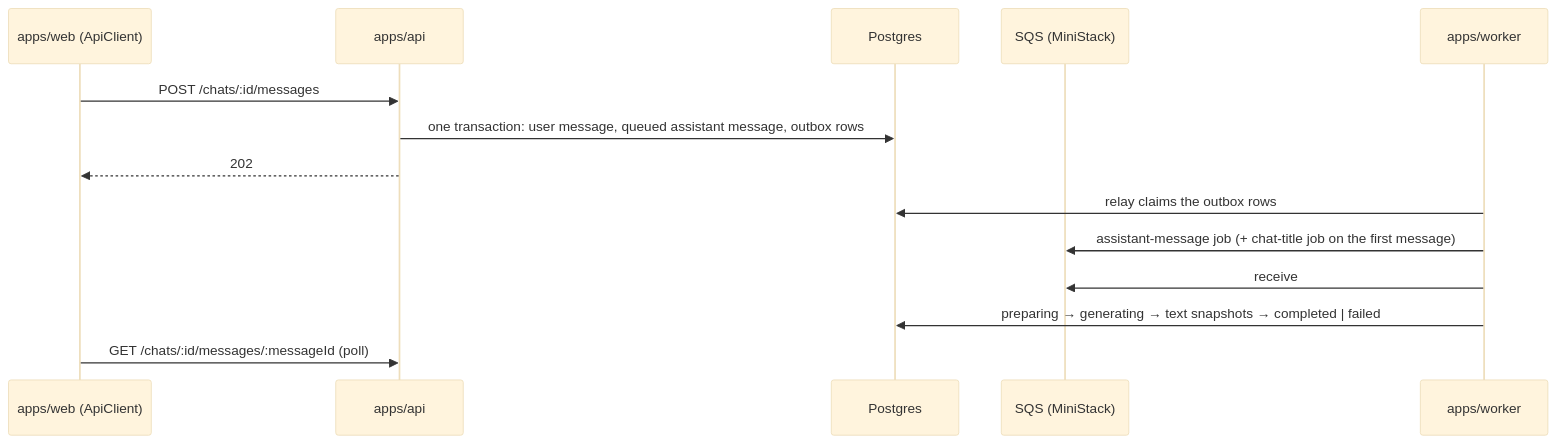
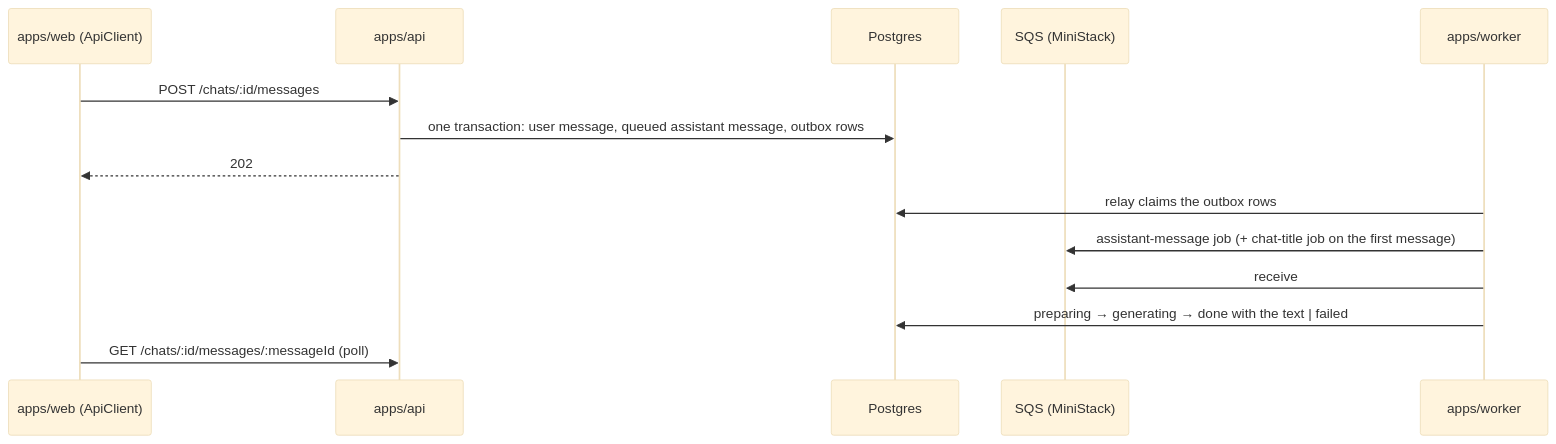
Before and after one commit to khotei/app-template: the diagram in README.md, drawn with Mermaid (base theme). The commit also changed other lines of this file and 169 other files, not shown here.

````diff
--- a/README.md
+++ b/README.md
@@ -22,16 +22,16 @@
 ```mermaid
 sequenceDiagram
   participant W as apps/web (ApiClient)
   participant A as apps/api
   participant S as Postgres
   participant Q as SQS (MiniStack)
   participant K as apps/worker
   W->>A: POST /chats/:id/messages
   A->>S: one transaction: user message, queued assistant message, outbox rows
   A-->>W: 202
   K->>S: relay claims the outbox rows
   K->>Q: assistant-message job (+ chat-title job on the first message)
   K->>Q: receive
-  K->>S: preparing → generating → text snapshots → completed | failed
+  K->>S: preparing → generating → done with the text | failed
   W->>A: GET /chats/:id/messages/:messageId (poll)
 ```
````
